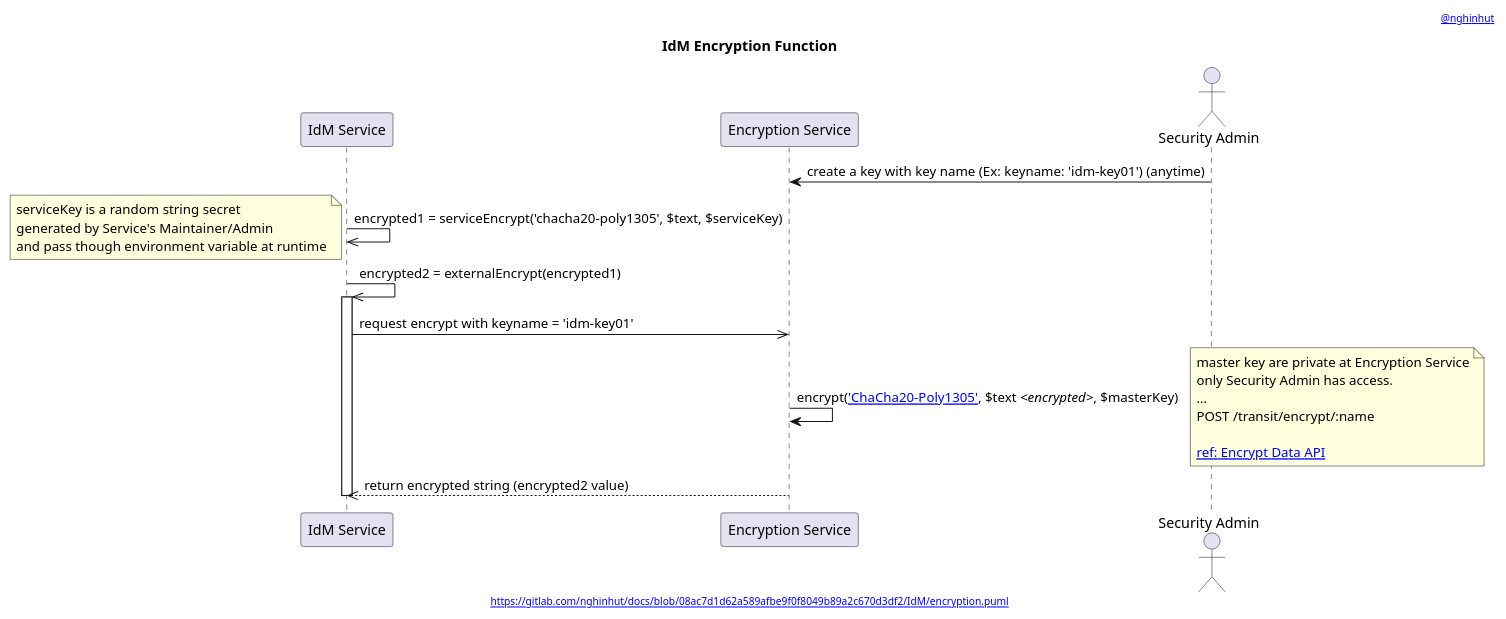
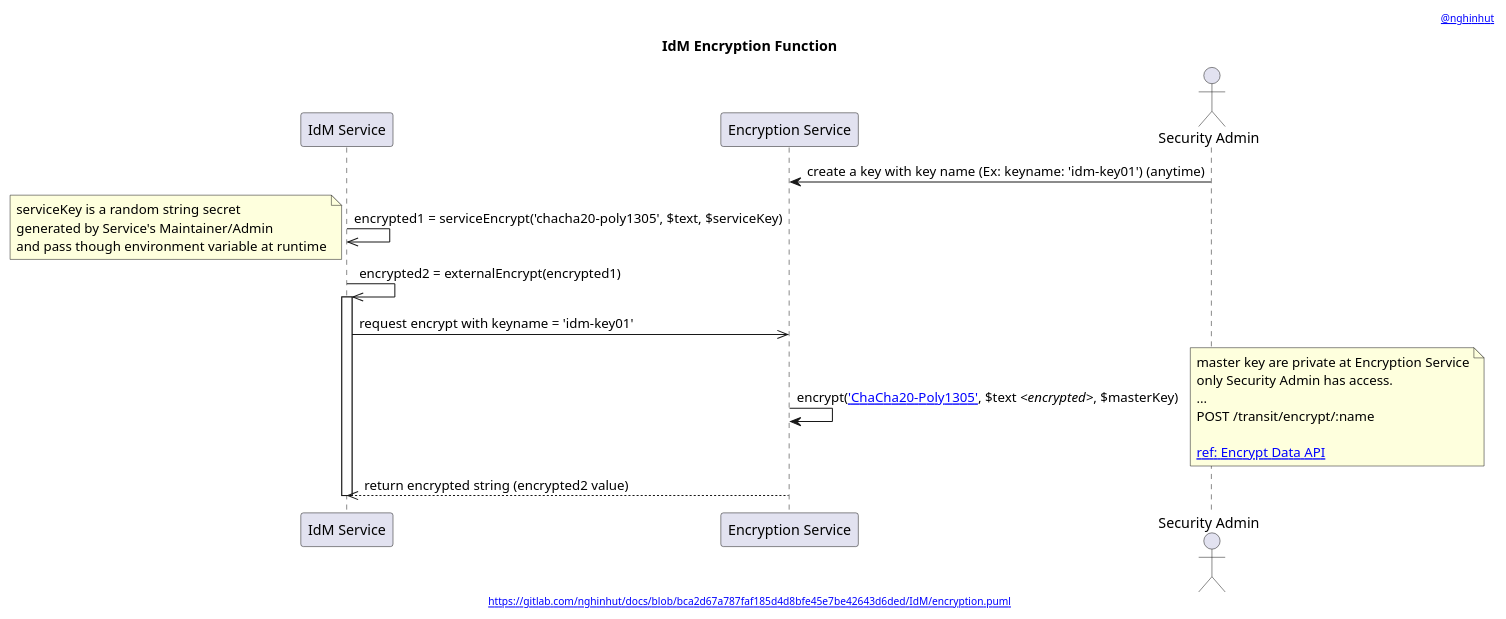
The diagram in IdM/encryption.function.puml (nghinhut/docs), drawn with PlantUML before and after one commit. The commit also changed 24 other files, not shown here.

```diff
--- a/IdM/encryption.function.puml
+++ b/IdM/encryption.function.puml
@@ -1,35 +1,35 @@
 @startuml
 '-----START auto generated metadata please keep comment here to allow auto update-----
 '-----DON'T EDIT THIS SECTION, INSTEAD RE-RUN prebuild.sh TO UPDATE-----
-header [[https://www.nghinhut.dev?from=http%5C%3A%5C%2F%5C%2Fwww%5C.plantuml%5C.com%5C%2Fplantuml%5C%2Fproxy%3Ffmt%3Dsvg%5C%26src%3Dhttps%5C%3A%5C%2F%5C%2Fgitlab%5C.com%5C%2Fnghinhut%5C%2Fdocs%5C%2Fraw%5C%2F08ac7d1d62a589afbe9f0f8049b89a2c670d3df2%5C%2FIdM%5C%2Fencryption%5C.puml%0A @nghinhut]]
-footer [[http://www.plantuml.com/plantuml/proxy?fmt=svg&src=https://gitlab.com/nghinhut/docs/raw/08ac7d1d62a589afbe9f0f8049b89a2c670d3df2/IdM/encryption.puml https://gitlab.com/nghinhut/docs/blob/08ac7d1d62a589afbe9f0f8049b89a2c670d3df2/IdM/encryption.puml]]
+header [[https://www.nghinhut.dev?from=http%5C%3A%5C%2F%5C%2Fwww%5C.plantuml%5C.com%5C%2Fplantuml%5C%2Fproxy%3Ffmt%3Dsvg%5C%26src%3Dhttps%5C%3A%5C%2F%5C%2Fgitlab%5C.com%5C%2Fnghinhut%5C%2Fdocs%5C%2Fraw%5C%2Fbca2d67a787faf185d4d8bfe45e7be42643d6ded%5C%2FIdM%5C%2Fencryption%5C.puml%0A @nghinhut]]
+footer [[http://www.plantuml.com/plantuml/proxy?fmt=svg&src=https://gitlab.com/nghinhut/docs/raw/bca2d67a787faf185d4d8bfe45e7be42643d6ded/IdM/encryption.puml https://gitlab.com/nghinhut/docs/blob/bca2d67a787faf185d4d8bfe45e7be42643d6ded/IdM/encryption.puml]]
 '-----END auto generated metadata please keep comment here to allow auto update-----
 title IdM Encryption Function
 participant "IdM Service" as idm
 participant "Encryption Service" as es
 actor "Security Admin" as esAdmin
 
 es <- esAdmin : create a key with key name (Ex: keyname: 'idm-key01') (anytime)
 
 idm ->> idm : encrypted1 = serviceEncrypt('chacha20-poly1305', $text, $serviceKey)
 note left
     serviceKey is a random string secret
     generated by Service's Maintainer/Admin
     and pass though environment variable at runtime
 end note
 
 idm ->> idm : encrypted2 = externalEncrypt(encrypted1)
 activate idm
     idm ->> es : request encrypt with keyname = 'idm-key01'
         es -> es : encrypt([[https://www.vaultproject.io/docs/secrets/transit/index.html#chacha20-poly1305{ChaCha20-Poly1305 with a 256-bit key} 'ChaCha20-Poly1305']], $text //<encrypted>//, $masterKey)
         note right
             master key are private at Encryption Service
             only Security Admin has access.
             ...
             POST /transit/encrypt/:name
 
             [[https://www.vaultproject.io/api/secret/transit/index.html#encrypt-data ref: Encrypt Data API]]
         end note
     idm <<-- es : return encrypted string (encrypted2 value)
 deactivate idm
 @enduml
```
